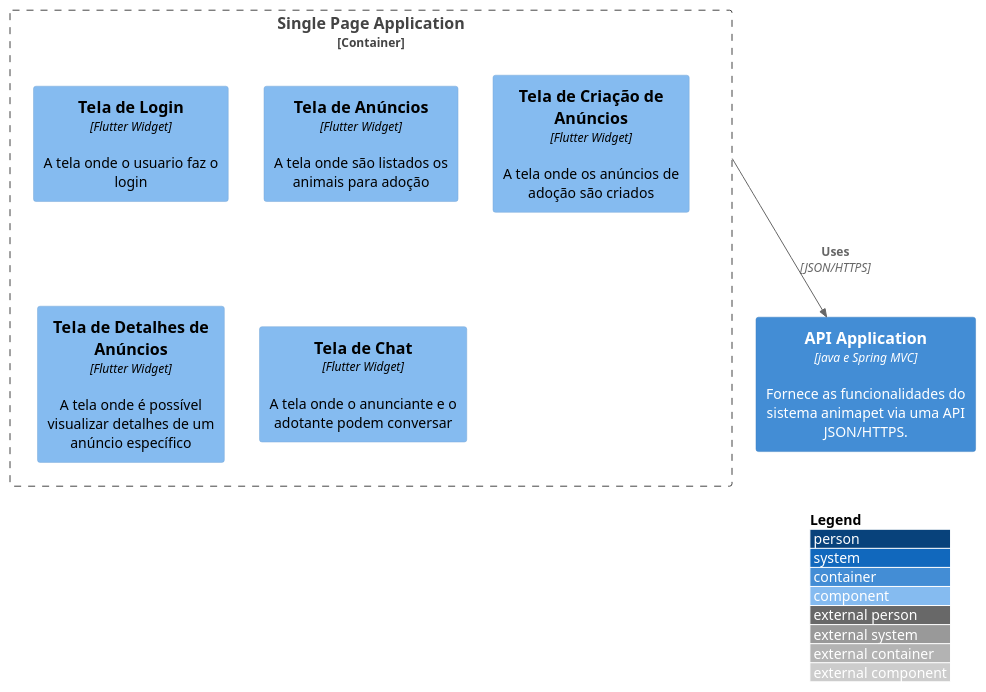
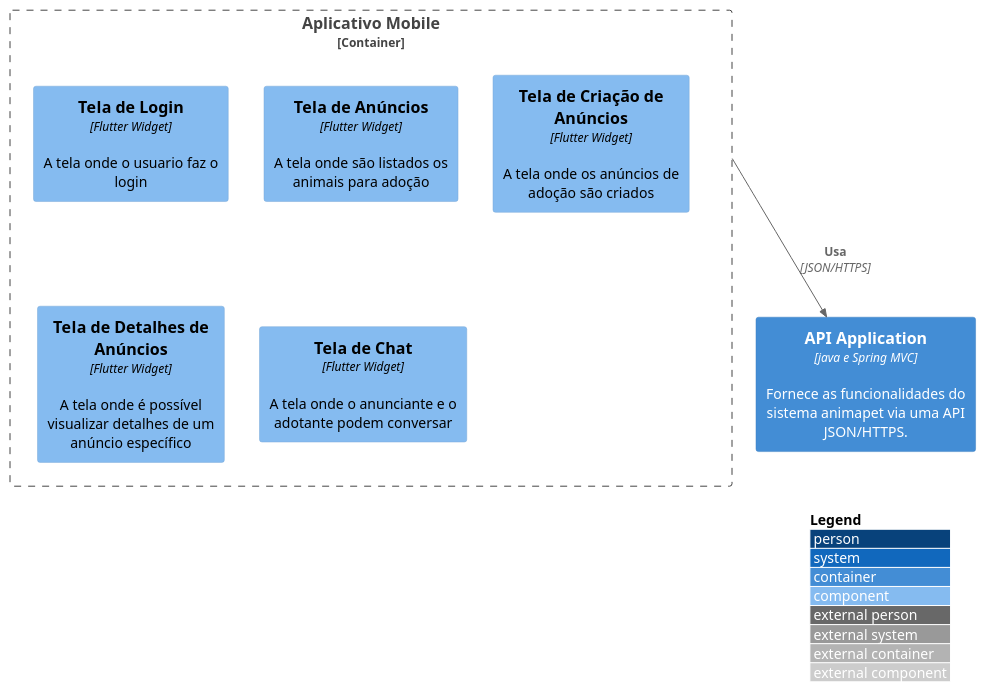
One commit to andrelquiosi/ANIMAPET changed the diagram in src/Sistema animapet/Mobile App/container.puml. Above: the diagram before and after it, drawn with PlantUML.

Commit message:
Correções diagrama mobile

```diff
--- a/src/Sistema animapet/Mobile App/container.puml
+++ b/src/Sistema animapet/Mobile App/container.puml
@@ -1,18 +1,18 @@
 @startuml ComponenteMobile
 !include https://raw.githubusercontent.com/adrianvlupu/C4-PlantUML/latest/C4_Component.puml
 
 LAYOUT_WITH_LEGEND()
 
 Container(api, "API Application", "java e Spring MVC", "Fornece as funcionalidades do sistema animapet via uma API JSON/HTTPS.")
 
-Container_Boundary(spa, "Single Page Application") {
+Container_Boundary(mobile, "Aplicativo Mobile") {
     Component(login, "Tela de Login", "Flutter Widget", "A tela onde o usuario faz o login")
     Component(adocao, "Tela de Anúncios", "Flutter Widget", "A tela onde são listados os animais para adoção")
     Component(criacao, "Tela de Criação de Anúncios", "Flutter Widget", "A tela onde os anúncios de adoção são criados")
     Component(detalhes, "Tela de Detalhes de Anúncios", "Flutter Widget", "A tela onde é possível visualizar detalhes de um anúncio específico")
     Component(chat, "Tela de Chat", "Flutter Widget", "A tela onde o anunciante e o adotante podem conversar")
 }
 
-Rel(spa, api, "Uses", "JSON/HTTPS")
+Rel(mobile, api, "Usa", "JSON/HTTPS")
 
 @enduml
```
